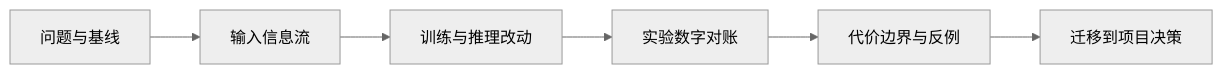
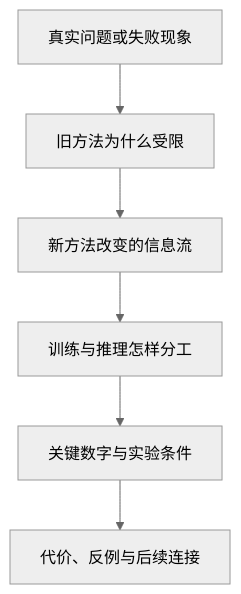
The diagram in 06-拓展知识库/论文研读/README.md (chengzhang0528/LLMTrain), drawn with Mermaid (neutral theme) before and after one commit. The commit also changed other lines of this file and 74 other files, not shown here.

````diff
--- a/06-拓展知识库/论文研读/README.md
+++ b/06-拓展知识库/论文研读/README.md
@@ -45,8 +40,8 @@
 ```mermaid
-flowchart LR
-    A[问题与基线] --> B[输入信息流]
-    B --> C[训练与推理改动]
-    C --> D[实验数字对账]
-    D --> E[代价边界与反例]
-    E --> F[迁移到项目决策]
+flowchart TD
+  A[真实问题或失败现象] --> B[旧方法为什么受限]
+  B --> C[新方法改变的信息流]
+  C --> D[训练与推理怎样分工]
+  D --> E[关键数字与实验条件]
+  E --> F[代价、反例与后续连接]
 ```
````
